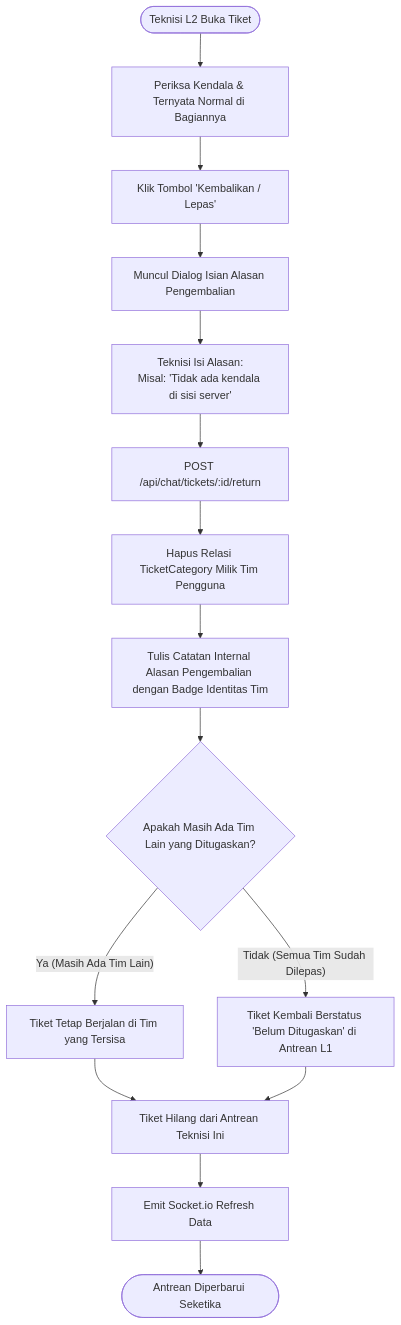
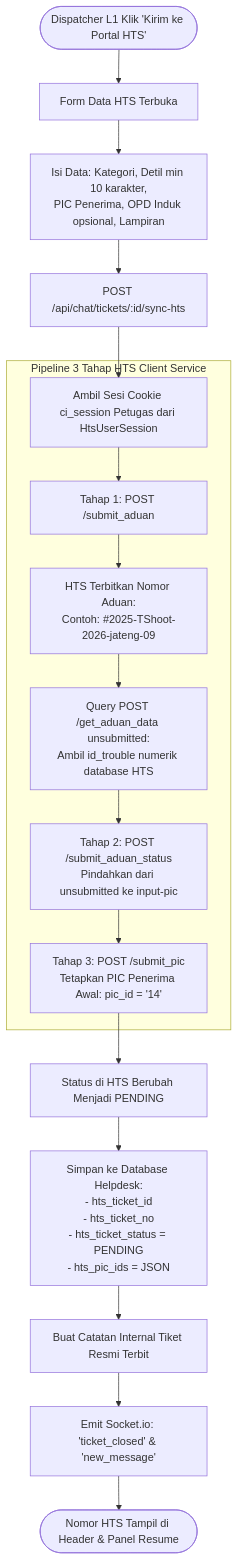
The fifth of 6 diagrams in docs/System_Flowcharts.md (llaurensius/hts-chat-integration), drawn with Mermaid before and after one commit. The commit also changed other lines of this file and 11 other files, not shown here.

Commit message:
feat(hts): sinkronisasi PIC penerima-penanganan, tombol selesaikan hts, dan pembaruan menyeluruh dokumentasi v3

````diff
--- a/docs/System_Flowcharts.md
+++ b/docs/System_Flowcharts.md
@@ -109,20 +140,22 @@
 ```mermaid
 flowchart TD
-    A([Teknisi L2 Buka Tiket]) --> B[Periksa Kendala & Ternyata Normal di Bagiannya]
-    B --> C[Klik Tombol 'Kembalikan / Lepas']
-    C --> D[Muncul Dialog Isian Alasan Pengembalian]
-    D --> E[Teknisi Isi Alasan:\nMisal: 'Tidak ada kendala di sisi server']
-    E --> F[POST /api/chat/tickets/:id/return]
+    A([Dispatcher L1 Klik 'Kirim ke Portal HTS']) --> B[Form Data HTS Terbuka]
+    B --> C[Isi Data: Kategori, Detil min 10 karakter,\nPIC Penerima, OPD Induk opsional, Lampiran]
+    C --> D[POST /api/chat/tickets/:id/sync-hts]
     
-    F --> G[Hapus Relasi TicketCategory Milik Tim Pengguna]
-    G --> H[Tulis Catatan Internal Alasan Pengembalian dengan Badge Identitas Tim]
-    H --> I{Apakah Masih Ada Tim Lain yang Ditugaskan?}
+    D --> E[Ambil Sesi Cookie ci_session Petugas dari HtsUserSession]
     
-    I -- Ya (Masih Ada Tim Lain) --> J[Tiket Tetap Berjalan di Tim yang Tersisa]
-    I -- Tidak (Semua Tim Sudah Dilepas) --> K[Tiket Kembali Berstatus 'Belum Ditugaskan' di Antrean L1]
+    subgraph Pipeline_HTS [Pipeline 3 Tahap HTS Client Service]
+        E --> F[Tahap 1: POST /submit_aduan]
+        F --> G[HTS Terbitkan Nomor Aduan:\nContoh: #2025-TShoot-2026-jateng-09]
+        G --> H[Query POST /get_aduan_data unsubmitted:\nAmbil id_trouble numerik database HTS]
+        H --> I[Tahap 2: POST /submit_aduan_status\nPindahkan dari unsubmitted ke input-pic]
+        I --> J[Tahap 3: POST /submit_pic\nTetapkan PIC Penerima Awal: pic_id = '14']
+    end
     
-    J --> L[Tiket Hilang dari Antrean Teknisi Ini]
-    K --> L
-    L --> M[Emit Socket.io Refresh Data]
-    M --> N([Antrean Diperbarui Seketika])
+    J --> K[Status di HTS Berubah Menjadi PENDING]
+    K --> L[Simpan ke Database Helpdesk:\n- hts_ticket_id\n- hts_ticket_no\n- hts_ticket_status = PENDING\n- hts_pic_ids = JSON]
+    L --> M[Buat Catatan Internal Tiket Resmi Terbit]
+    M --> N[Emit Socket.io: 'ticket_closed' & 'new_message']
+    N --> O([Nomor HTS Tampil di Header & Panel Resume])
 ```
````
